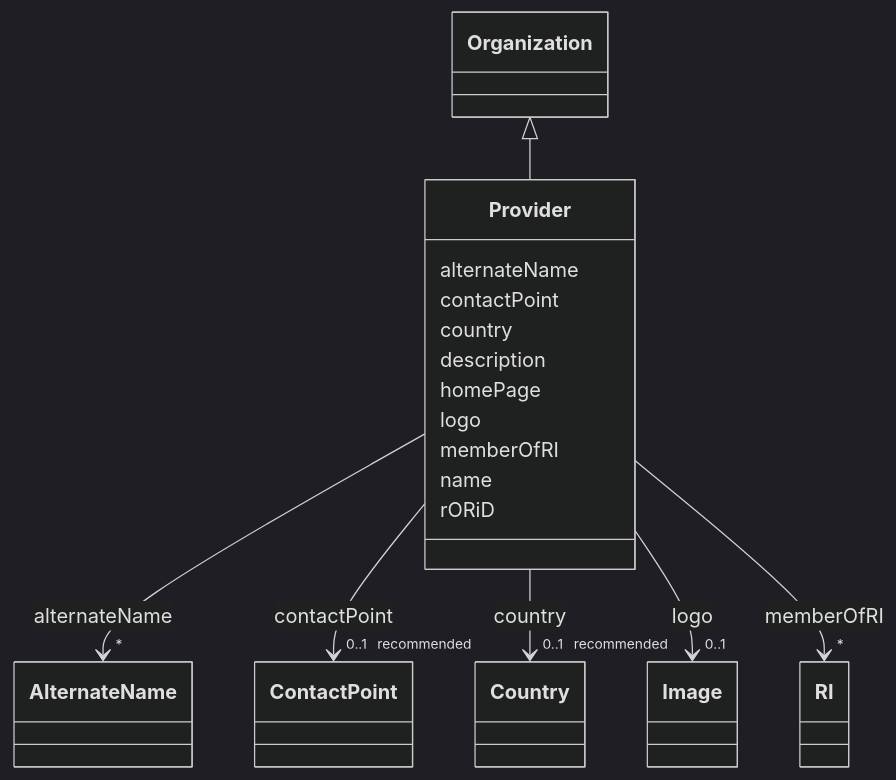
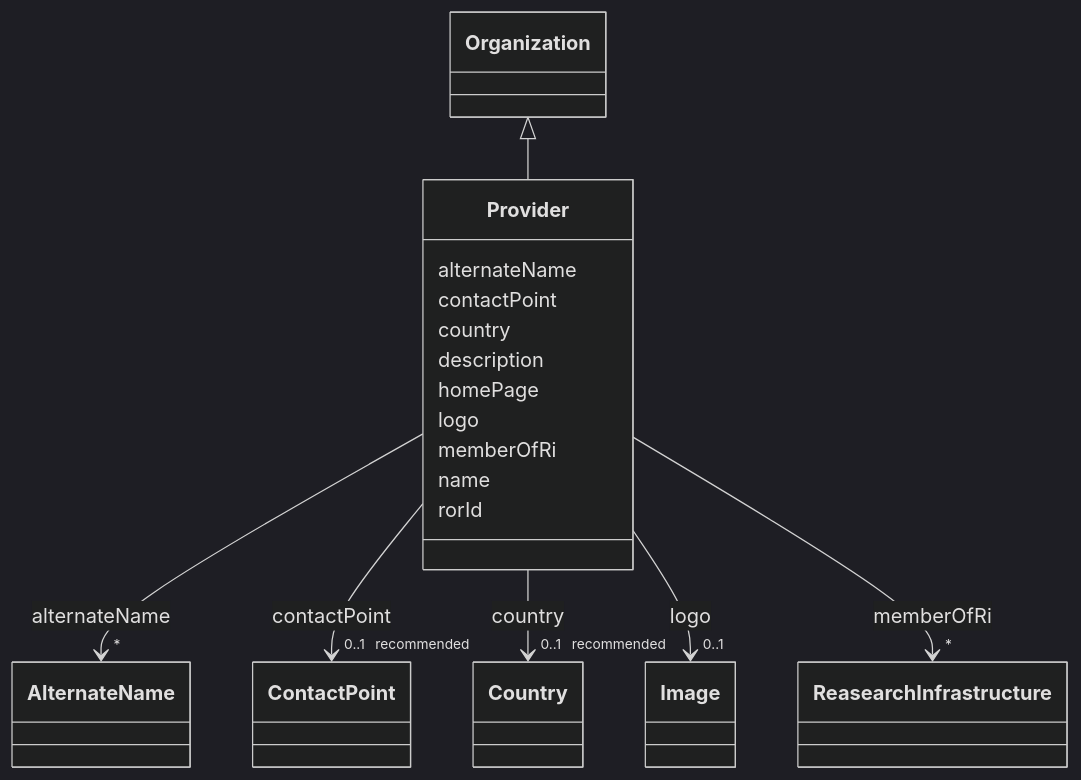
One commit to EVORA-project/evora-ontology changed the diagram in models/docs/Provider.md. Above: the diagram before and after it, drawn with Mermaid (dark theme). The commit also changed other lines of this file and 650 other files, not shown here.

````diff
--- a/models/docs/Provider.md
+++ b/models/docs/Provider.md
@@ -19,62 +19,62 @@
 ```mermaid
  classDiagram
     class Provider
     click Provider href "../Provider"
       Organization <|-- Provider
         click Organization href "../Organization"
       
       Provider : alternateName
         
           
     
     
     Provider --> "*" AlternateName : alternateName
     click AlternateName href "../AlternateName"
 
         
       Provider : contactPoint
         
           
     
     
     Provider --> "0..1 _recommended_" ContactPoint : contactPoint
     click ContactPoint href "../ContactPoint"
 
         
       Provider : country
         
           
     
     
     Provider --> "0..1 _recommended_" Country : country
     click Country href "../Country"
 
         
       Provider : description
         
       Provider : homePage
         
       Provider : logo
         
           
     
     
     Provider --> "0..1" Image : logo
     click Image href "../Image"
 
         
-      Provider : memberOfRI
+      Provider : memberOfRi
         
           
     
     
-    Provider --> "*" RI : memberOfRI
-    click RI href "../RI"
+    Provider --> "*" ReasearchInfrastructure : memberOfRi
+    click ReasearchInfrastructure href "../ReasearchInfrastructure"
 
         
       Provider : name
         
-      Provider : rORiD
+      Provider : rorId
         
       
 ```
````
